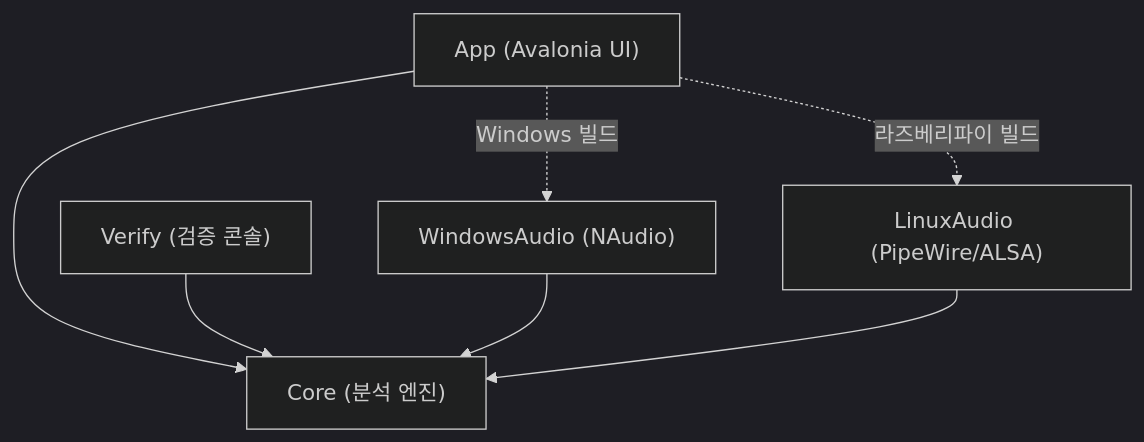
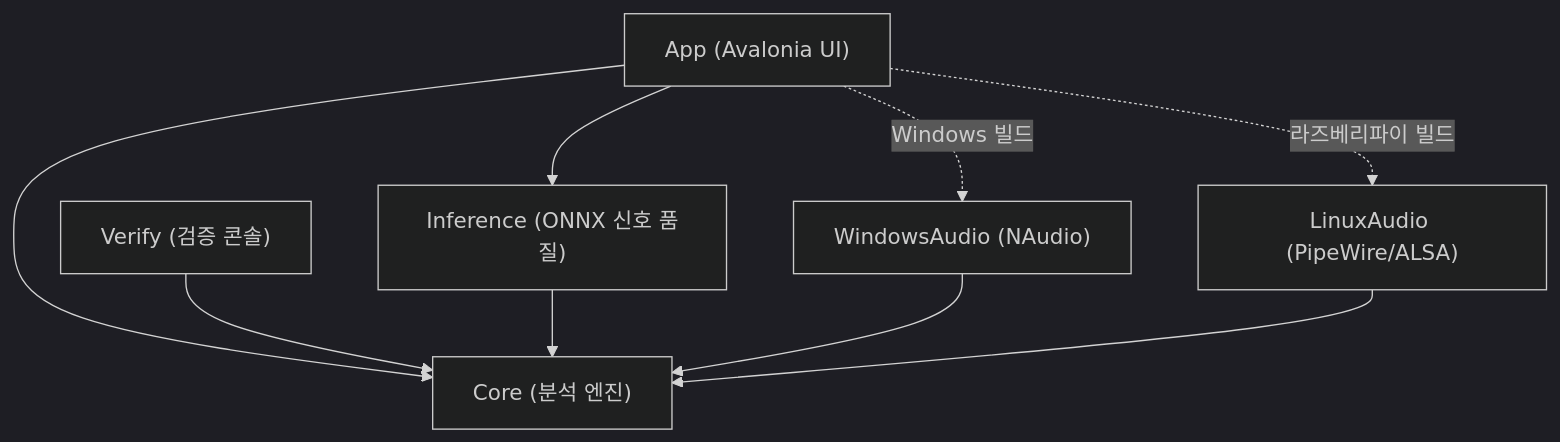
Before and after one commit to Jae-hong-5/TimeGrapher-Net: the first of 4 diagrams in README.ko.md, drawn with Mermaid (dark theme). The commit also changed other lines of this file, not shown here.

````diff
--- a/README.ko.md
+++ b/README.ko.md
@@ -142,9 +143,11 @@
 ```mermaid
 graph TD
     App["App (Avalonia UI)"] --> Core["Core (분석 엔진)"]
     Verify["Verify (검증 콘솔)"] --> Core
+    Inference["Inference (ONNX 신호 품질)"] --> Core
     WinAudio["WindowsAudio (NAudio)"] --> Core
     LinuxAudio["LinuxAudio (PipeWire/ALSA)"] --> Core
+    App --> Inference
     App -. Windows 빌드 .-> WinAudio
     App -. 라즈베리파이 빌드 .-> LinuxAudio
 ```
````
